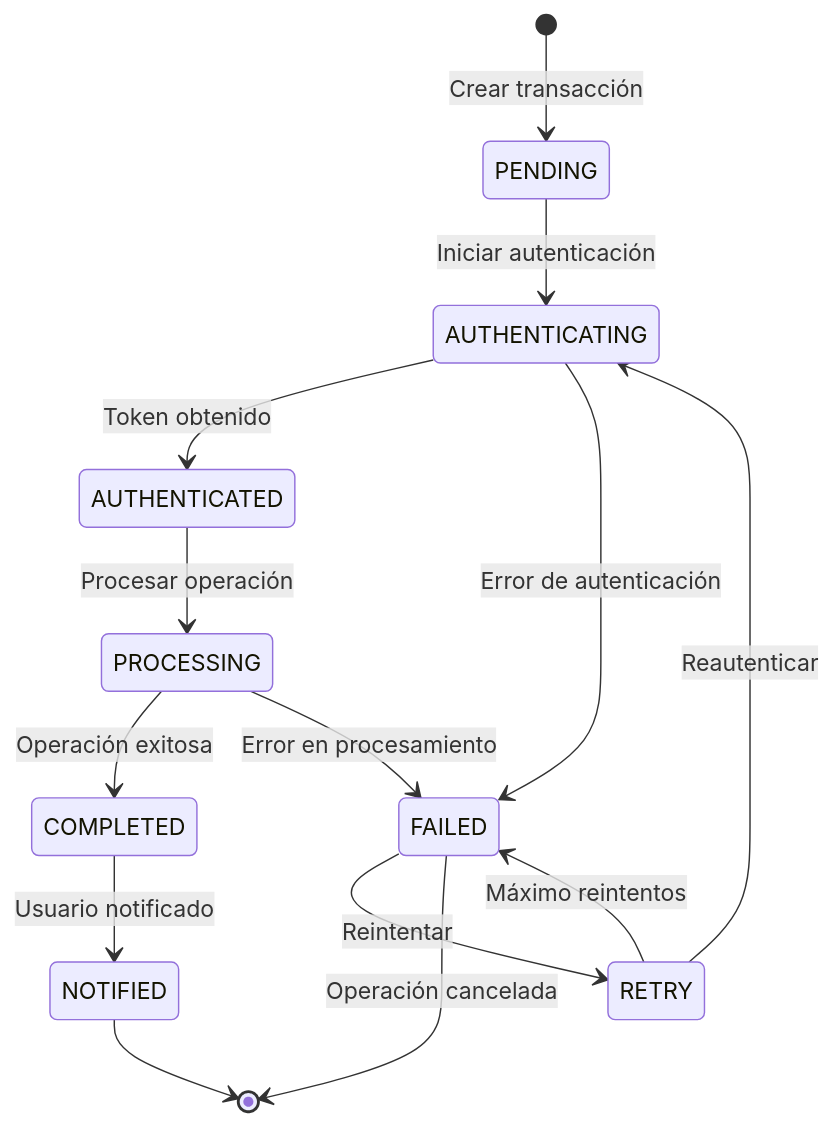
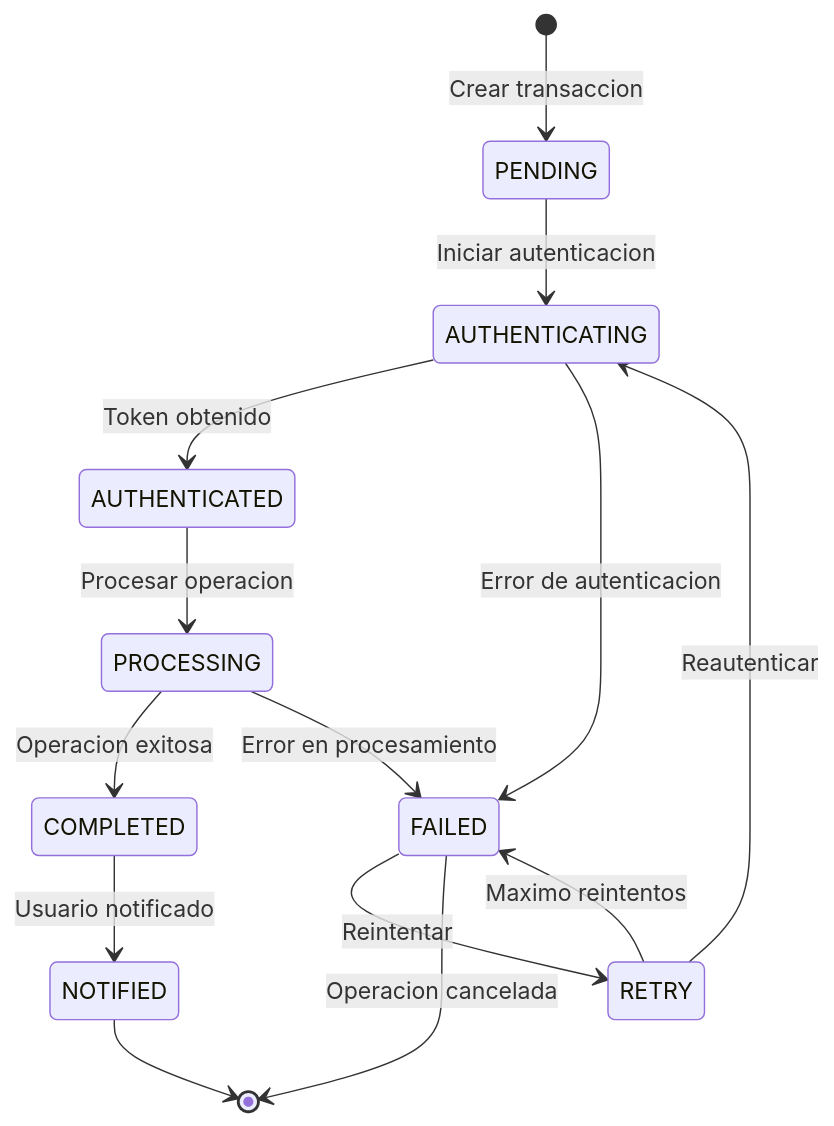
Before and after one commit to ShuGc/testEmployeeCrud: diagram 31 of 31 in README.md, drawn with Mermaid. The commit also changed other lines of this file, not shown here.

````diff
--- a/README.md
+++ b/README.md
@@ -1505,21 +1856,31 @@
-```mermaid
+::: mermaid
+
 stateDiagram-v2
-    [*] --> PENDING: Crear transacción
-    
-    PENDING --> AUTHENTICATING: Iniciar autenticación
-    AUTHENTICATING --> AUTHENTICATED: Token obtenido
-    AUTHENTICATING --> FAILED: Error de autenticación
-    
-    AUTHENTICATED --> PROCESSING: Procesar operación
-    PROCESSING --> COMPLETED: Operación exitosa
-    PROCESSING --> FAILED: Error en procesamiento
-    
-    COMPLETED --> NOTIFIED: Usuario notificado
-    NOTIFIED --> [*]
-    
-    FAILED --> RETRY: Reintentar
-    RETRY --> AUTHENTICATING: Reautenticar
-    RETRY --> FAILED: Máximo reintentos
-    
-    FAILED --> [*]: Operación cancelada
-```
+
+[*] --> PENDING: Crear transaccion
+
+PENDING --> AUTHENTICATING: Iniciar autenticacion
+
+AUTHENTICATING --> AUTHENTICATED: Token obtenido
+
+AUTHENTICATING --> FAILED: Error de autenticacion
+
+AUTHENTICATED --> PROCESSING: Procesar operacion
+
+PROCESSING --> COMPLETED: Operacion exitosa
+
+PROCESSING --> FAILED: Error en procesamiento
+
+COMPLETED --> NOTIFIED: Usuario notificado
+
+NOTIFIED --> [*]
+
+FAILED --> RETRY: Reintentar
+
+RETRY --> AUTHENTICATING: Reautenticar
+
+RETRY --> FAILED: Maximo reintentos
+
+FAILED --> [*]: Operacion cancelada
+
+:::
````
